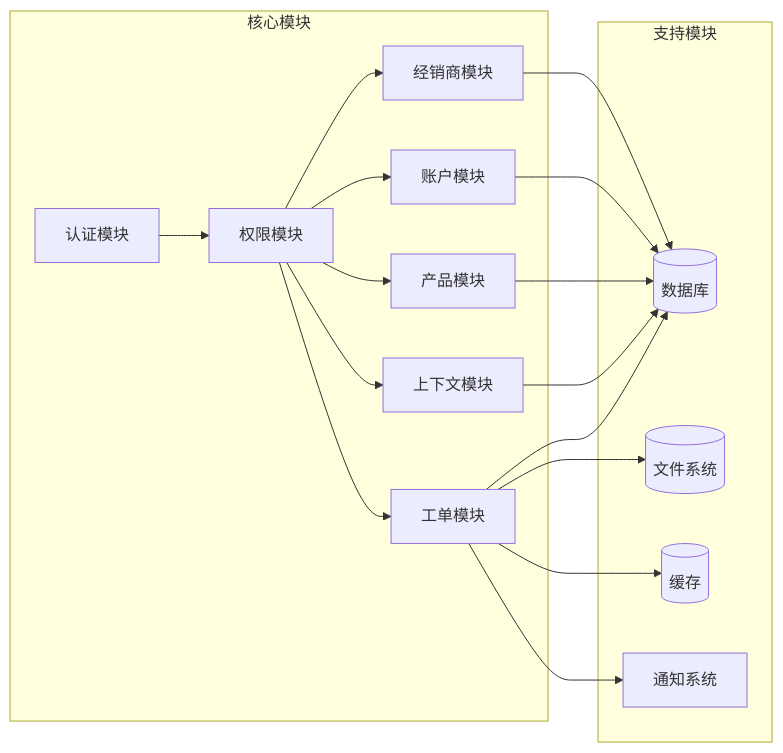
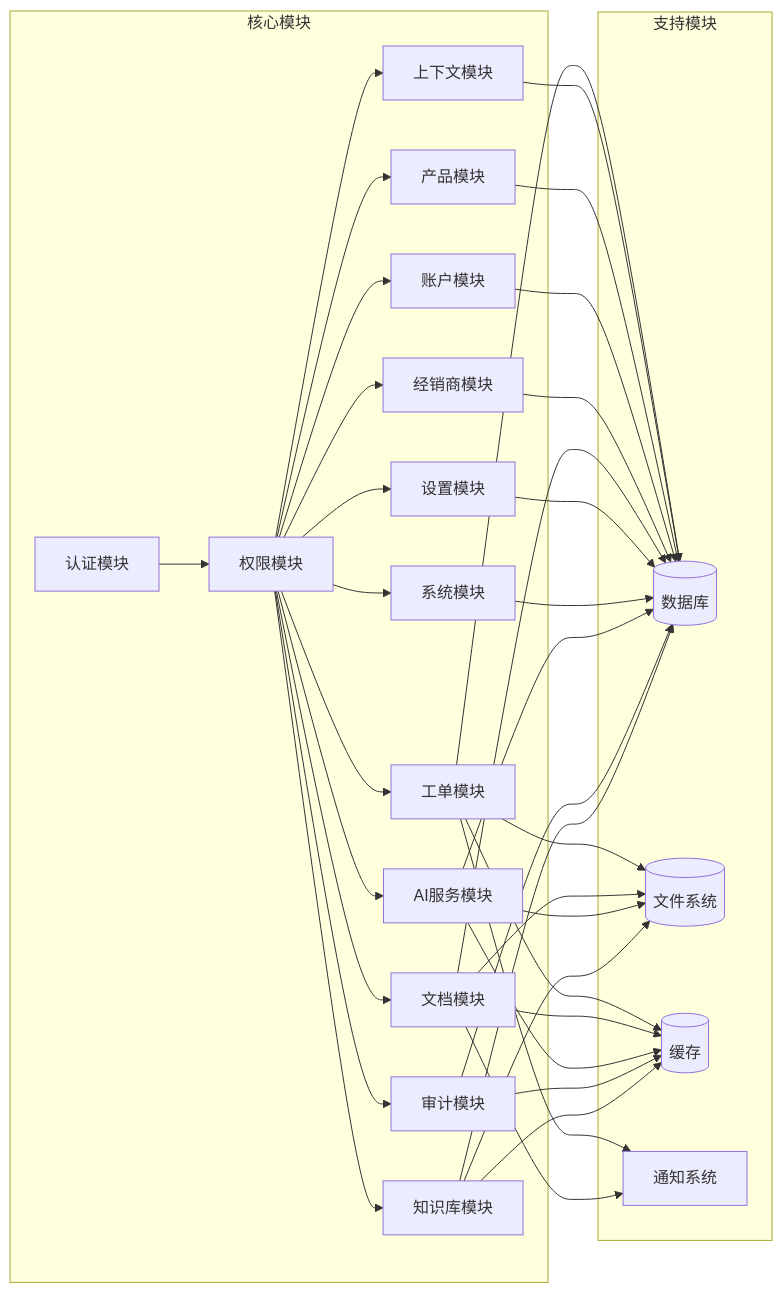
One commit to CubeEdge/Longhorn changed diagram 22 of 24 in .qoder/repowiki/zh/content/Service Api Documentation.md. Above: the diagram before and after it, drawn with Mermaid. The commit also changed other lines of this file and 53 other files, not shown here.

````diff
--- a/.qoder/repowiki/zh/content/Service Api Documentation.md
+++ b/.qoder/repowiki/zh/content/Service Api Documentation.md
@@ -606,32 +988,58 @@
 ```mermaid
 graph LR
 subgraph "核心模块"
 Auth[认证模块]
 Perm[权限模块]
 Ticket[工单模块]
 Context[上下文模块]
 Product[产品模块]
 Account[账户模块]
 Dealer[经销商模块]
+RMA[文档模块]
+Settings[设置模块]
+System[系统模块]
+AI[AI服务模块]
+Audit[审计模块]
+Knowledge[知识库模块]
 end
 subgraph "支持模块"
 DB[(数据库)]
 FS[(文件系统)]
 Cache[(缓存)]
 Notify[通知系统]
 end
 Auth --> Perm
 Perm --> Ticket
 Perm --> Context
 Perm --> Product
 Perm --> Account
 Perm --> Dealer
+Perm --> RMA
+Perm --> Settings
+Perm --> System
+Perm --> AI
+Perm --> Audit
+Perm --> Knowledge
 Ticket --> DB
 Context --> DB
 Product --> DB
 Account --> DB
 Dealer --> DB
+RMA --> DB
+Settings --> DB
+System --> DB
+AI --> DB
+Audit --> DB
+Knowledge --> DB
 Ticket --> FS
 Ticket --> Cache
 Ticket --> Notify
+RMA --> FS
+RMA --> Cache
+RMA --> Notify
+AI --> FS
+AI --> Cache
+Audit --> Cache
+Knowledge --> FS
+Knowledge --> Cache
 ```
````
